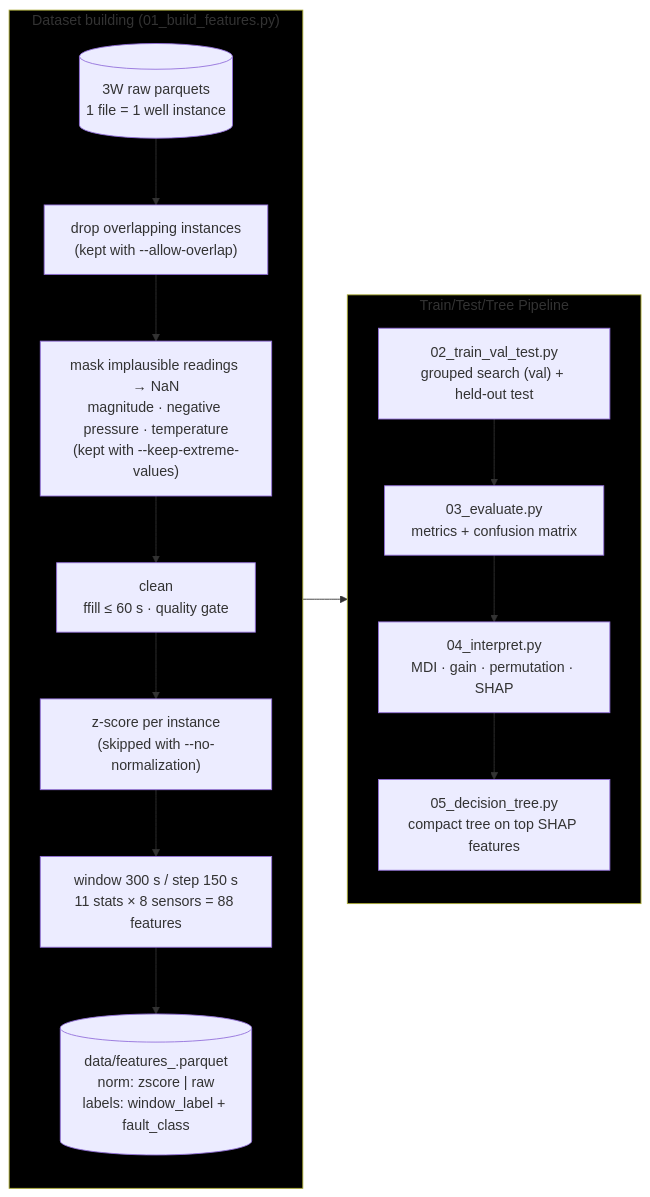
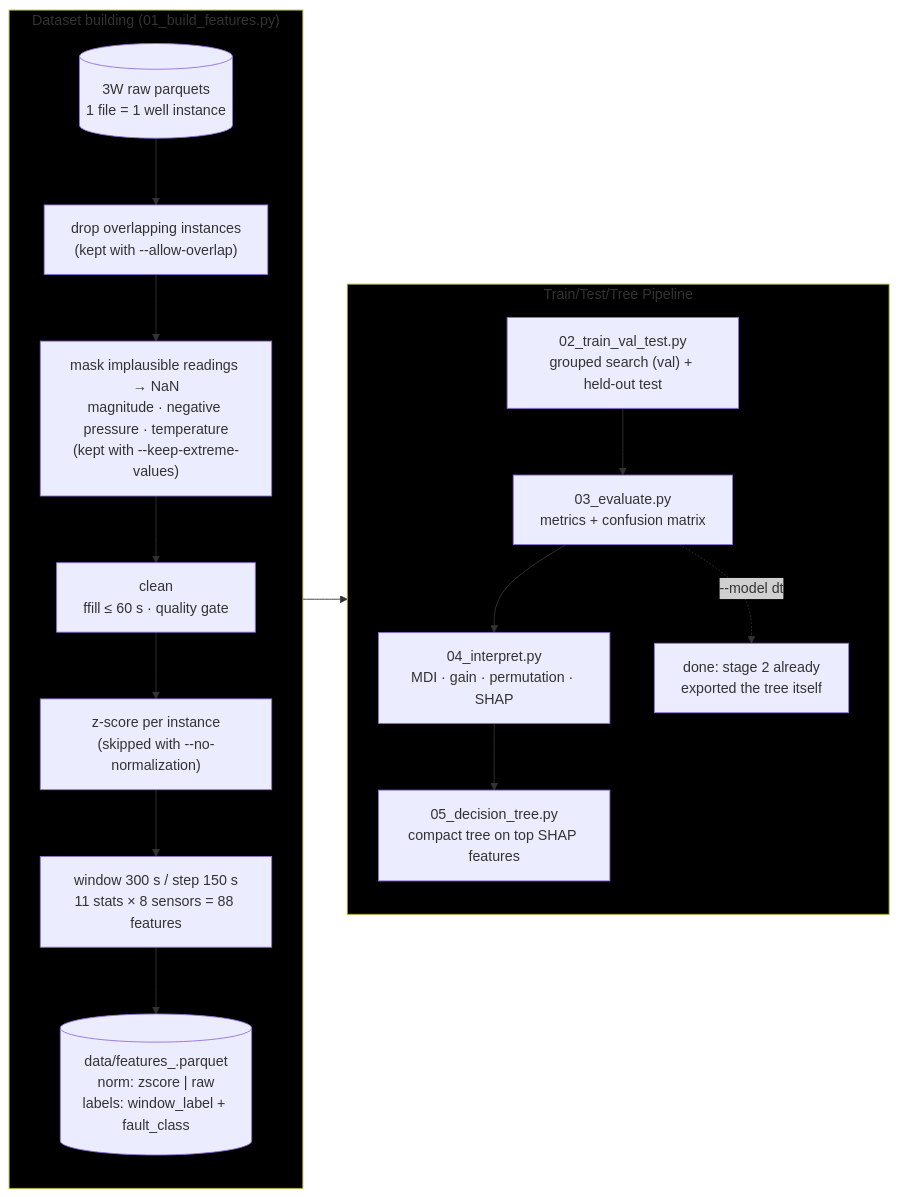
One commit to Thiago-TP/flow-assurance-ml changed the first of 4 diagrams in README.md. Above: the diagram before and after it, drawn with Mermaid. The commit also changed other lines of this file and 9 other files, not shown here.

Commit message:
Introduce Decision Tree as a model option

````diff
--- a/README.md
+++ b/README.md
@@ -9,25 +9,26 @@
 ```mermaid
 flowchart LR
 
   subgraph S1["Dataset building (01_build_features.py)"]
     direction TB
     A[("3W raw parquets<br/>1 file = 1 well instance")] --> A2["drop overlapping instances<br/>(kept with --allow-overlap)"]
     A2 --> A3["mask implausible readings → NaN<br/>magnitude · negative pressure · temperature<br/>(kept with --keep-extreme-values)"]
     A3 --> B["clean<br/>ffill ≤ 60 s · quality gate"]
     B --> C["z-score per instance<br/>(skipped with --no-normalization)"]
     C --> D["window 300 s / step 150 s<br/>11 stats × 8 sensors = 88 features"]
     D --> E[("data/features_<norm>.parquet<br/>norm: zscore | raw<br/>labels: window_label + fault_class")]
   end
 
   subgraph S2["Train/Test/Tree Pipeline"]
     direction TB
     F["02_train_val_test.py<br/>grouped search (val) + held-out test"] --> G["03_evaluate.py<br/>metrics + confusion matrix"]
     G --> H["04_interpret.py<br/>MDI · gain · permutation · SHAP"]
     H --> I["05_decision_tree.py<br/>compact tree on top SHAP features"]
+    G -. "--model dt" .-> J["done: stage 2 already<br/>exported the tree itself"]
   end
 
   S1 --> S2
 
   style S1 fill:#000000
   style S2 fill:#000000
 ```
````
